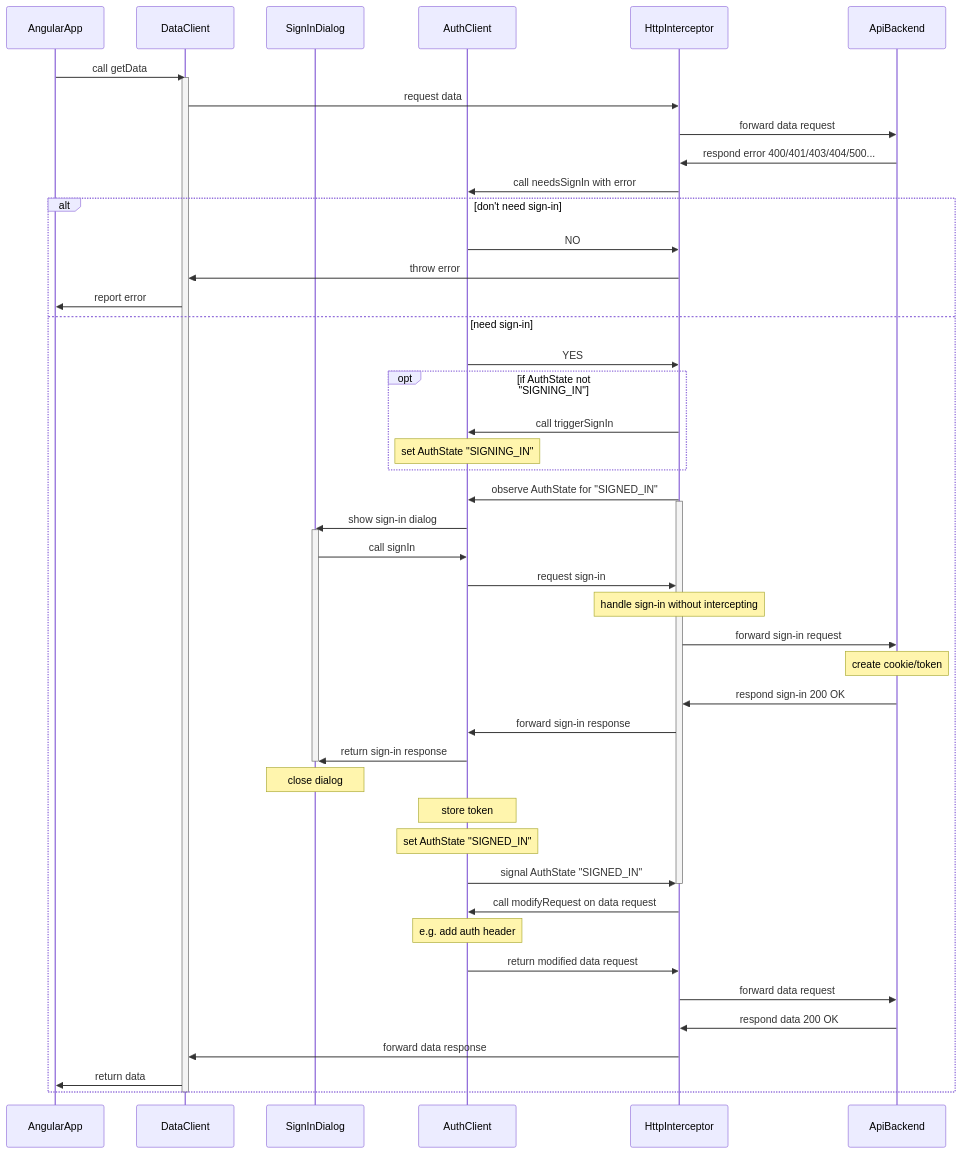
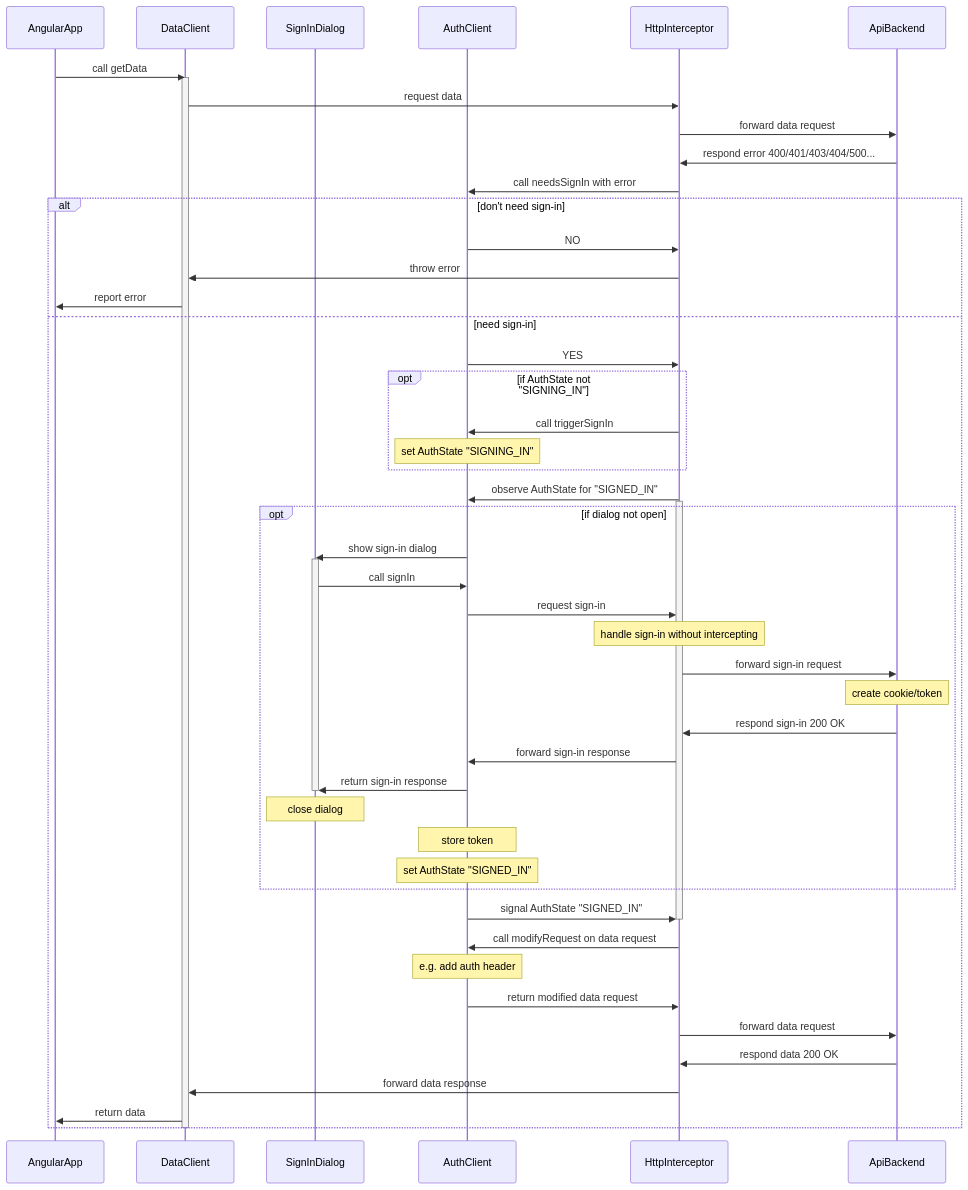
Before and after one commit to flens-dev/modern-angular: the diagram in libs/tools/auth/README.md, drawn with Mermaid.

Commit message:
tools/auth - Update diagram

````diff
--- a/libs/tools/auth/README.md
+++ b/libs/tools/auth/README.md
@@ -3,53 +3,55 @@
 ```mermaid
 sequenceDiagram
   participant A as AngularApp
   participant D as DataClient
   participant L as SignInDialog
   participant S as AuthClient
   participant H as HttpInterceptor
   participant B as ApiBackend
 
   A->>D: call getData
   activate D
   D->>H: request data
   H->>B: forward data request
   B->>H: respond error 400/401/403/404/500...
   H->>S: call needsSignIn with error
   alt don't need sign-in
     S->>H: NO
     H->>D: throw error
     D->>A: report error
   else need sign-in
     S->>H:YES
     opt if AuthState not "SIGNING_IN"
       H->>S: call triggerSignIn
       Note over S: set AuthState "SIGNING_IN"
     end
     H->>S: observe AuthState for "SIGNED_IN"
     activate H
-    S->>L: show sign-in dialog
-    activate L
-    L->>S: call signIn
-    S->>H: request sign-in
-    Note over H: handle sign-in without intercepting
-    H->>B: forward sign-in request
-    Note over B: create cookie/token
-    B->>H: respond sign-in 200 OK
-    H->>S: forward sign-in response
-    S->>L: return sign-in response
-    deactivate L
-    Note over L: close dialog
-    Note over S: store token
-    Note over S: set AuthState "SIGNED_IN"
+    opt if dialog not open
+      S->>L: show sign-in dialog
+      activate L
+      L->>S: call signIn
+      S->>H: request sign-in
+      Note over H: handle sign-in without intercepting
+      H->>B: forward sign-in request
+      Note over B: create cookie/token
+      B->>H: respond sign-in 200 OK
+      H->>S: forward sign-in response
+      S->>L: return sign-in response
+      deactivate L
+      Note over L: close dialog
+      Note over S: store token
+      Note over S: set AuthState "SIGNED_IN"
+    end
     S->>H: signal AuthState "SIGNED_IN"
     deactivate H
     H->>S: call modifyRequest on data request
     Note over S: e.g. add auth header
     S->>H: return modified data request
     H->>B: forward data request
     B->>H: respond data 200 OK
     H->>D: forward data response
     D->>A: return data
   end
   deactivate D
 ```
````
